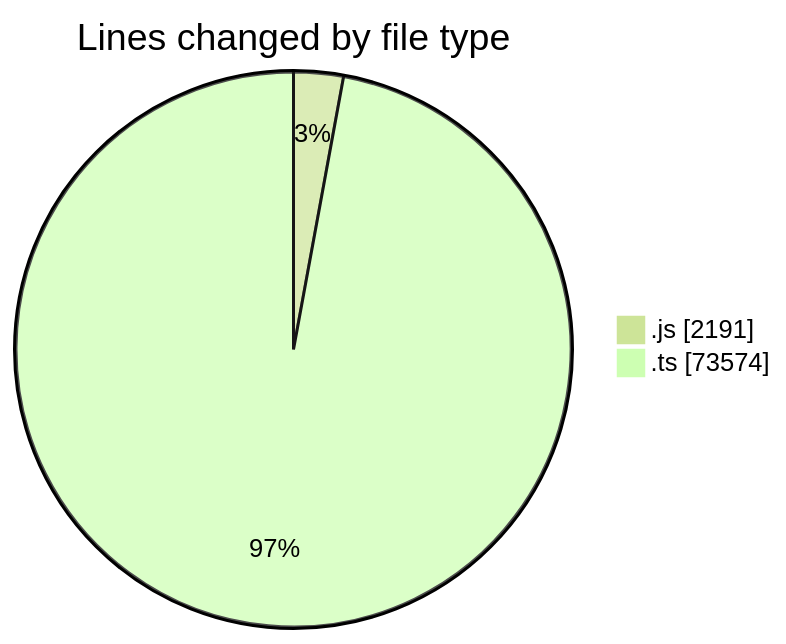
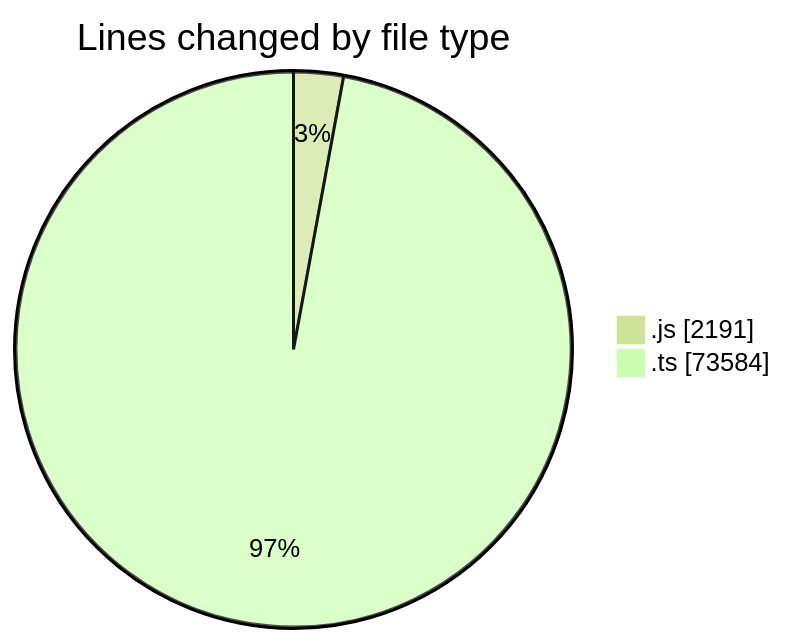
One commit to momahboobian/code-tracking changed the first of 2 diagrams in 2025-06-19/cda/README.md. Above: the diagram before and after it, drawn with Mermaid (forest theme). The commit also changed other lines of this file and 1 other file, not shown here.

````diff
--- a/2025-06-19/cda/README.md
+++ b/2025-06-19/cda/README.md
@@ -41,6 +41,6 @@
 ```mermaid
 pie showData
 title Lines changed by file type
 ".js" : 2191
-".ts" : 73574
+".ts" : 73584
 ```
````
